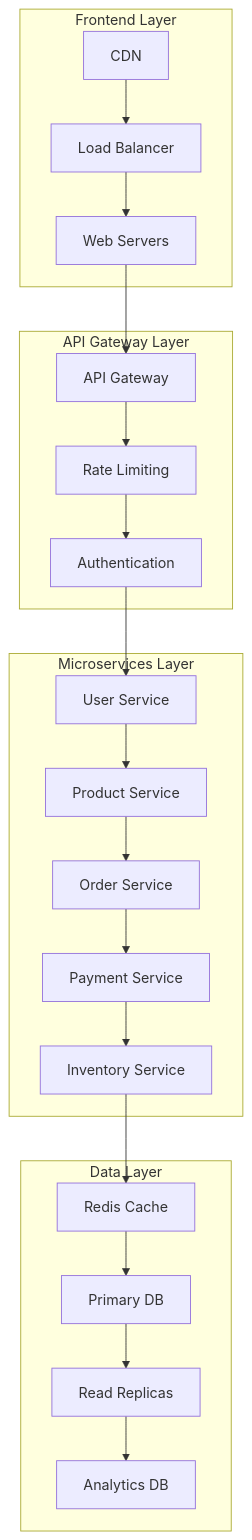
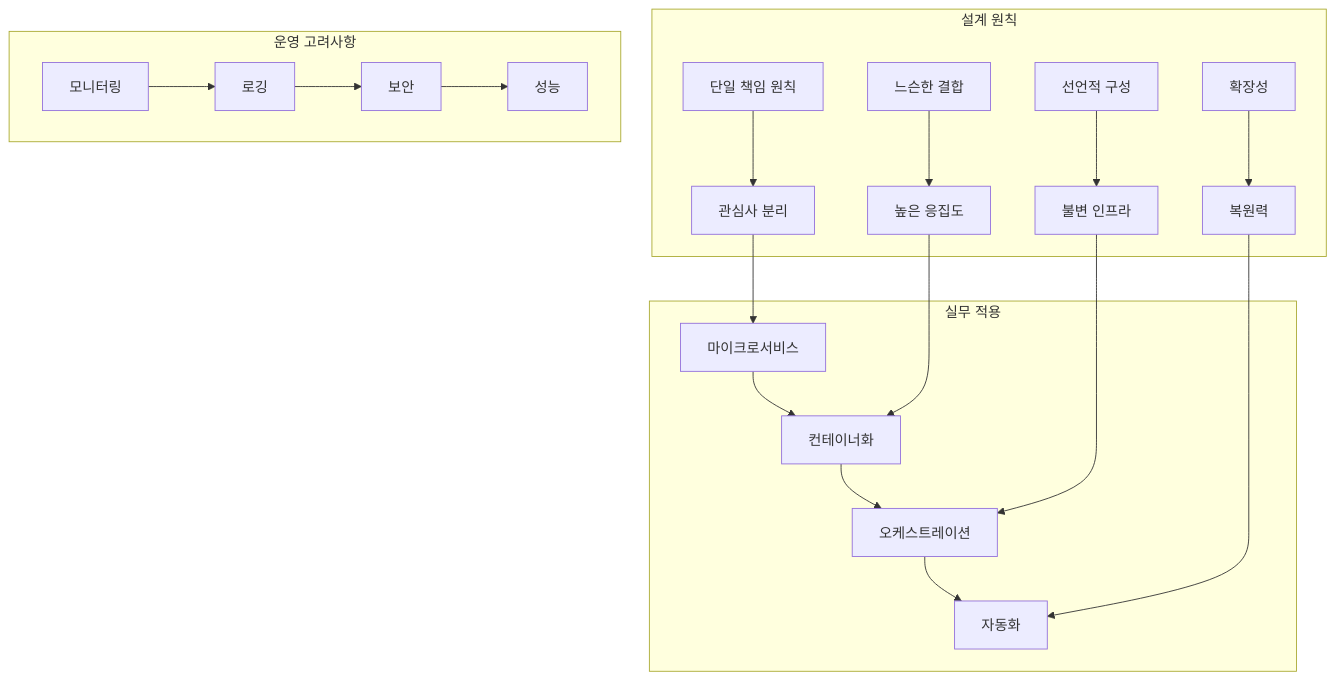
The fourth of 4 diagrams in week_02/day_02/session_08.md (niceguy61/kdt_devops_lecture_2025), drawn with Mermaid before and after one commit. The commit also changed other lines of this file and 38 other files, not shown here.

````diff
--- a/week_02/day_02/session_08.md
+++ b/week_02/day_02/session_08.md
@@ -127,29 +290,26 @@
 ```mermaid
 graph TB
-    subgraph "Frontend Layer"
-        A[CDN] --> B[Load Balancer]
-        B --> C[Web Servers]
+    subgraph "설계 원칙"
+        A[단일 책임 원칙] --> B[관심사 분리]
+        C[느슨한 결합] --> D[높은 응집도]
+        E[선언적 구성] --> F[불변 인프라]
+        G[확장성] --> H[복원력]
     end
     
-    subgraph "API Gateway Layer"
-        D[API Gateway] --> E[Rate Limiting]
-        E --> F[Authentication]
+    subgraph "실무 적용"
+        I[마이크로서비스] --> J[컨테이너화]
+        J --> K[오케스트레이션]
+        K --> L[자동화]
     end
     
-    subgraph "Microservices Layer"
-        G[User Service] --> H[Product Service]
-        H --> I[Order Service]
-        I --> J[Payment Service]
-        J --> K[Inventory Service]
+    subgraph "운영 고려사항"
+        M[모니터링] --> N[로깅]
+        N --> O[보안]
+        O --> P[성능]
     end
     
-    subgraph "Data Layer"
-        L[Redis Cache] --> M[Primary DB]
-        M --> N[Read Replicas]
-        N --> O[Analytics DB]
-    end
-    
-    C --> D
-    F --> G
-    K --> L
+    B --> I
+    D --> J
+    F --> K
+    H --> L
 ```
````
